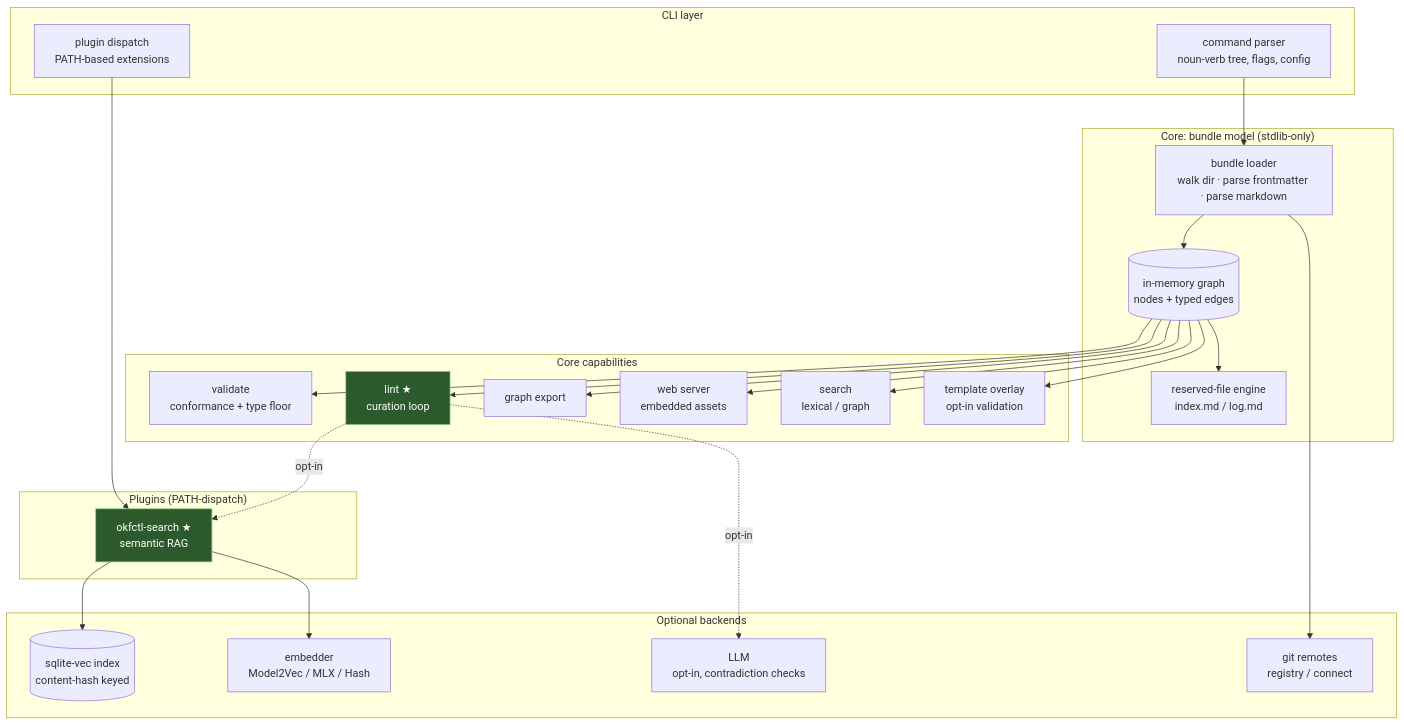
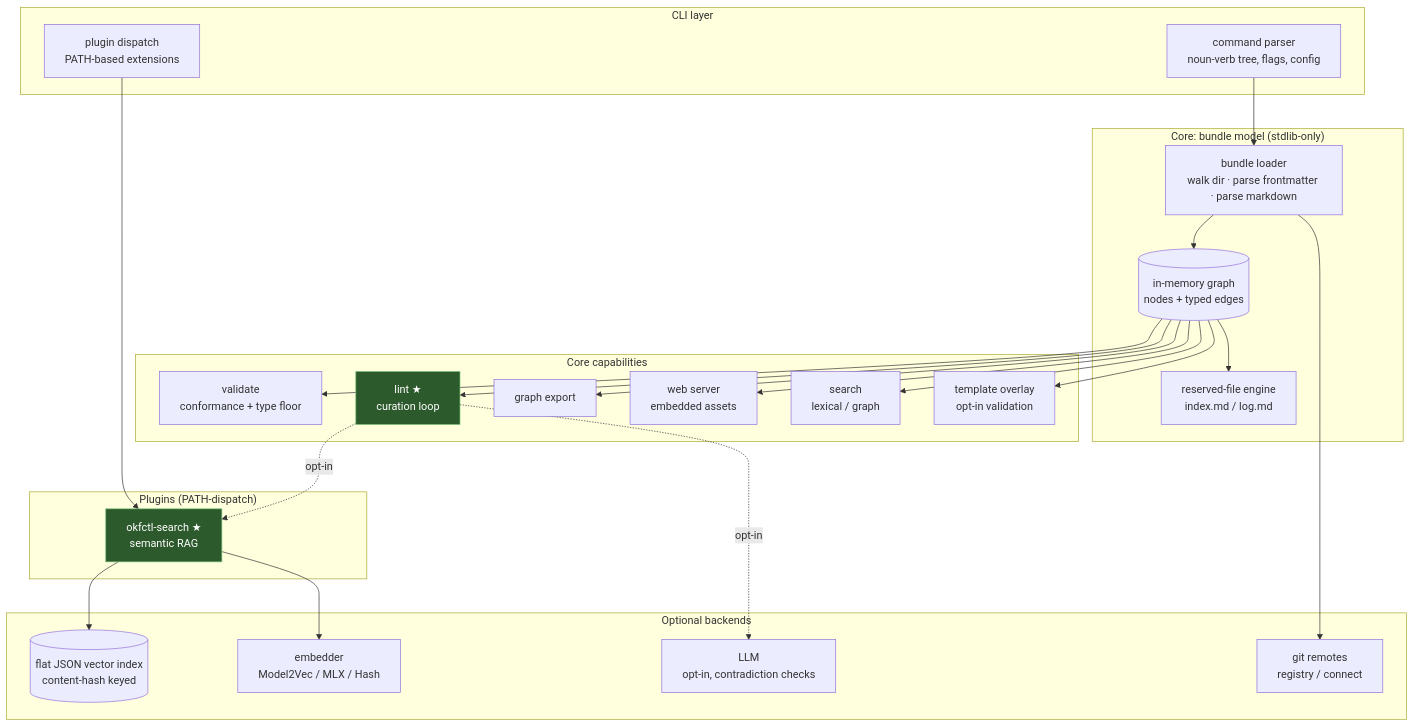
The sixth of 6 diagrams in docs/PRD.md (cwest/okfctl), drawn with Mermaid before and after one commit. The commit also changed other lines of this file and 9 other files, not shown here.

````diff
--- a/docs/PRD.md
+++ b/docs/PRD.md
@@ -597,52 +606,52 @@
 ```mermaid
 flowchart TD
     subgraph CLI["CLI layer"]
         parse["command parser<br/>noun-verb tree, flags, config"]
         dispatch["plugin dispatch<br/>PATH-based extensions"]
     end
 
     subgraph CORE["Core: bundle model (stdlib-only)"]
         loader["bundle loader<br/>walk dir · parse frontmatter · parse markdown"]
         model[("in-memory graph<br/>nodes + typed edges")]
         recon["reserved-file engine<br/>index.md / log.md"]
     end
 
     subgraph CAP["Core capabilities"]
         val["validate<br/>conformance + type floor"]
         lint["lint ★<br/>curation loop"]
         gexp["graph export"]
         web["web server<br/>embedded assets"]
         srch["search<br/>lexical / graph"]
         tmpl["template overlay<br/>opt-in validation"]
     end
 
     subgraph PLUGIN["Plugins (PATH-dispatch)"]
         sem["okfctl-search ★<br/>semantic RAG"]
     end
 
     subgraph BACK["Optional backends"]
-        vecdb[("sqlite-vec index<br/>content-hash keyed")]
+        vecdb[("flat JSON vector index<br/>content-hash keyed")]
         emb["embedder<br/>Model2Vec / MLX / Hash"]
         llm["LLM<br/>opt-in, contradiction checks"]
         git["git remotes<br/>registry / connect"]
     end
 
     parse --> loader
     dispatch --> sem
     loader --> model
     model --> recon
     model --> val
     model --> lint
     model --> gexp
     model --> web
     model --> srch
     model --> tmpl
     sem --> emb
     sem --> vecdb
     lint -.opt-in.-> sem
     lint -.opt-in.-> llm
     loader --> git
 
     style lint fill:#2d5a2d,stroke:#7bc47b,color:#fff
     style sem fill:#2d5a2d,stroke:#7bc47b,color:#fff
 ```
````
